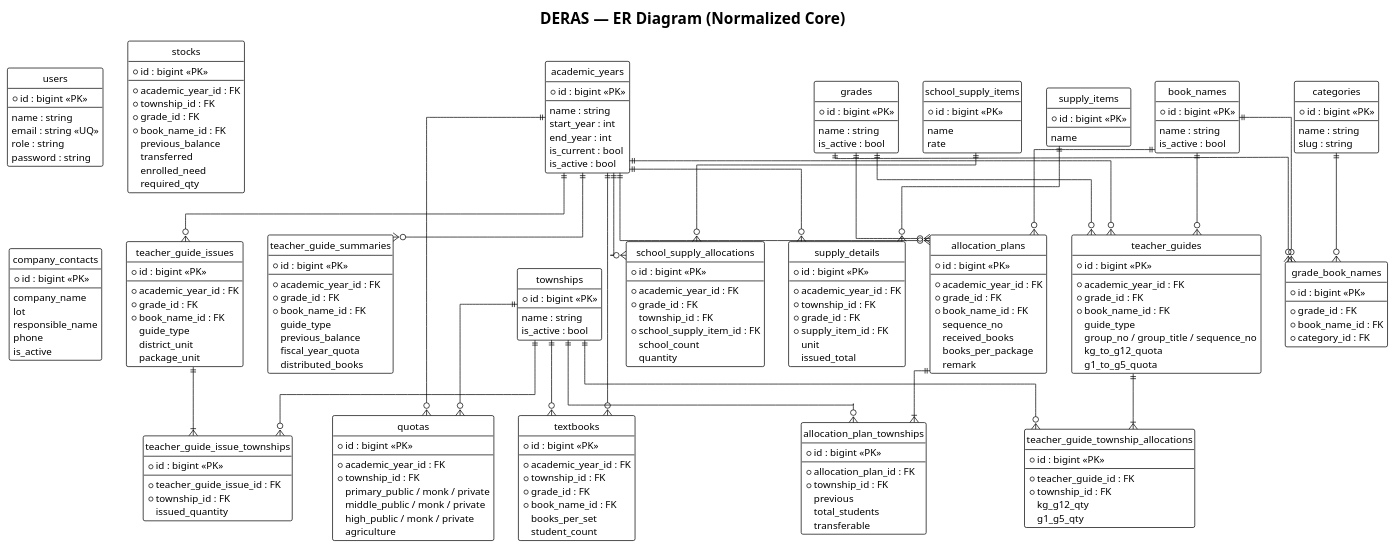
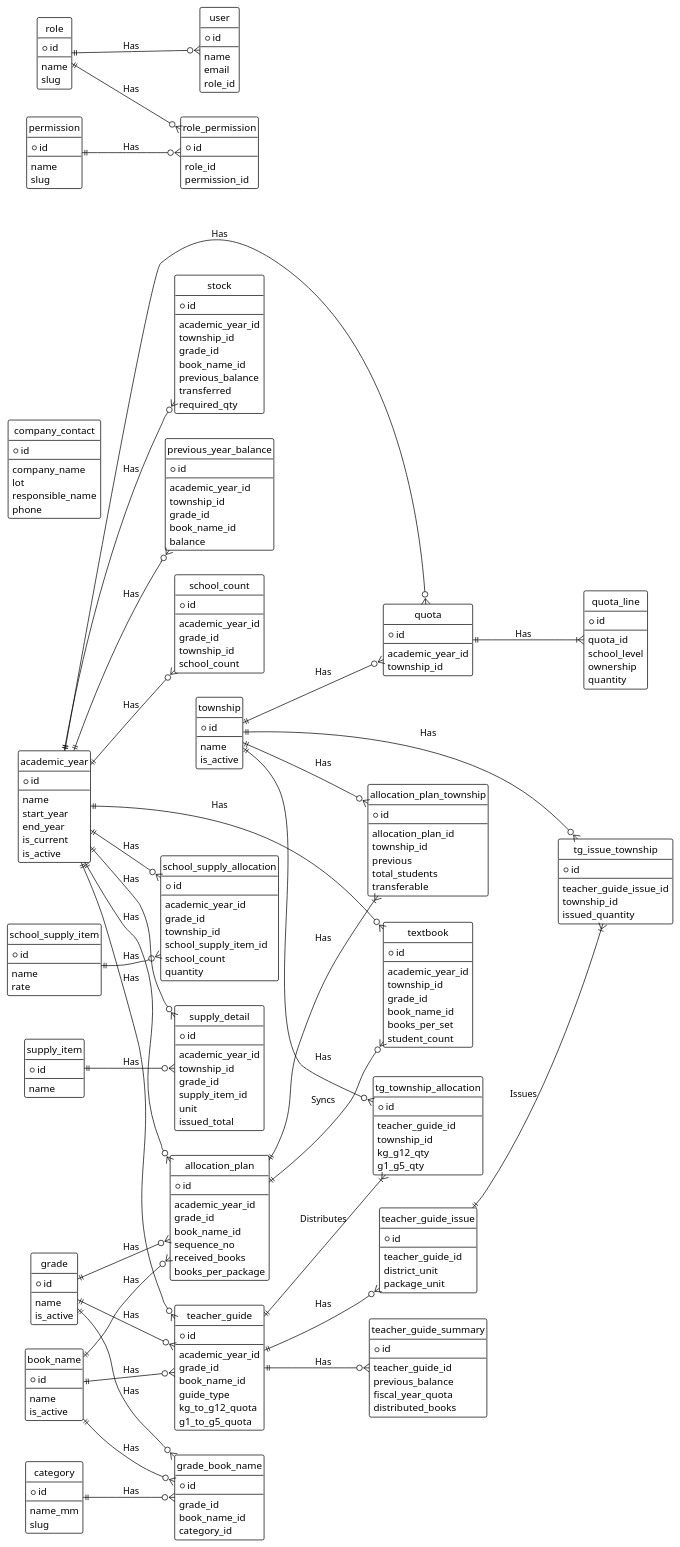
The diagram in docs/diagrams/03_er_diagram.puml (zmaythu713-svg/DERAS), drawn with PlantUML before and after one commit. The commit also changed 95 other files, not shown here.

```diff
--- a/docs/diagrams/03_er_diagram.puml
+++ b/docs/diagrams/03_er_diagram.puml
@@ -1,246 +1,293 @@
-@startuml DERAS_ER
+@startuml DERAS_ER_Chen
 !theme plain
-title DERAS — ER Diagram (Normalized Core)
+skinparam shadowing false
+skinparam monochrome true
 hide circle
-skinparam linetype ortho
+left to right direction
 
-entity "users" as users {
-  * id : bigint <<PK>>
+' Chen-style conceptual ER (normalized DERAS schema)
+' PNG: docs/diagrams/images_final/Figure3_ER_Chen_BW.png
+
+entity "academic_year" as year {
+  * id
   --
-  name : string
-  email : string <<UQ>>
-  role : string
-  password : string
+  name
+  start_year
+  end_year
+  is_current
+  is_active
 }
 
-entity "academic_years" as years {
-  * id : bigint <<PK>>
+entity "township" as town {
+  * id
   --
-  name : string
-  start_year : int
-  end_year : int
-  is_current : bool
-  is_active : bool
+  name
+  is_active
 }
 
-entity "townships" as towns {
-  * id : bigint <<PK>>
+entity "grade" as grade {
+  * id
   --
-  name : string
-  is_active : bool
+  name
+  is_active
 }
 
-entity "grades" as grades {
-  * id : bigint <<PK>>
+entity "book_name" as book {
+  * id
   --
-  name : string
-  is_active : bool
+  name
+  is_active
 }
 
-entity "book_names" as books {
-  * id : bigint <<PK>>
+entity "category" as cat {
+  * id
   --
-  name : string
-  is_active : bool
+  name_mm
+  slug
 }
 
-entity "categories" as cats {
-  * id : bigint <<PK>>
+entity "grade_book_name" as gbn {
+  * id
   --
-  name : string
-  slug : string
+  grade_id
+  book_name_id
+  category_id
 }
 
-entity "grade_book_names" as gbn {
-  * id : bigint <<PK>>
+entity "quota" as quota {
+  * id
   --
-  * grade_id : FK
-  * book_name_id : FK
-  * category_id : FK
+  academic_year_id
+  township_id
 }
 
-entity "quotas" as quotas {
-  * id : bigint <<PK>>
+entity "quota_line" as qline {
+  * id
   --
-  * academic_year_id : FK
-  * township_id : FK
-  primary_public / monk / private
-  middle_public / monk / private
-  high_public / monk / private
-  agriculture
+  quota_id
+  school_level
+  ownership
+  quantity
 }
 
-entity "allocation_plans" as plans {
-  * id : bigint <<PK>>
+entity "allocation_plan" as plan {
+  * id
   --
-  * academic_year_id : FK
-  * grade_id : FK
-  * book_name_id : FK
+  academic_year_id
+  grade_id
+  book_name_id
   sequence_no
   received_books
   books_per_package
-  remark
 }
 
-entity "allocation_plan_townships" as apt {
-  * id : bigint <<PK>>
+entity "allocation_plan_township" as apt {
+  * id
   --
-  * allocation_plan_id : FK
-  * township_id : FK
+  allocation_plan_id
+  township_id
   previous
   total_students
   transferable
 }
 
-entity "textbooks" as tb {
-  * id : bigint <<PK>>
+entity "textbook" as tb {
+  * id
   --
-  * academic_year_id : FK
-  * township_id : FK
-  * grade_id : FK
-  * book_name_id : FK
+  academic_year_id
+  township_id
+  grade_id
+  book_name_id
   books_per_set
   student_count
 }
 
-entity "stocks" as stocks {
-  * id : bigint <<PK>>
+entity "stock" as stock {
+  * id
   --
-  * academic_year_id : FK
-  * township_id : FK
-  * grade_id : FK
-  * book_name_id : FK
+  academic_year_id
+  township_id
+  grade_id
+  book_name_id
   previous_balance
   transferred
-  enrolled_need
   required_qty
 }
 
-entity "teacher_guides" as tg {
-  * id : bigint <<PK>>
+entity "previous_year_balance" as pyb {
+  * id
   --
-  * academic_year_id : FK
-  * grade_id : FK
-  * book_name_id : FK
+  academic_year_id
+  township_id
+  grade_id
+  book_name_id
+  balance
+}
+
+entity "teacher_guide" as tg {
+  * id
+  --
+  academic_year_id
+  grade_id
+  book_name_id
   guide_type
-  group_no / group_title / sequence_no
   kg_to_g12_quota
   g1_to_g5_quota
 }
 
-entity "teacher_guide_township_allocations" as tgta {
-  * id : bigint <<PK>>
+entity "tg_township_allocation" as tgta {
+  * id
   --
-  * teacher_guide_id : FK
-  * township_id : FK
+  teacher_guide_id
+  township_id
   kg_g12_qty
   g1_g5_qty
 }
 
-entity "teacher_guide_issues" as tgi {
-  * id : bigint <<PK>>
+entity "teacher_guide_issue" as tgi {
+  * id
   --
-  * academic_year_id : FK
-  * grade_id : FK
-  * book_name_id : FK
-  guide_type
+  teacher_guide_id
   district_unit
   package_unit
 }
 
-entity "teacher_guide_issue_townships" as tgit {
-  * id : bigint <<PK>>
+entity "tg_issue_township" as tgit {
+  * id
   --
-  * teacher_guide_issue_id : FK
-  * township_id : FK
+  teacher_guide_issue_id
+  township_id
   issued_quantity
 }
 
-entity "teacher_guide_summaries" as tgs {
-  * id : bigint <<PK>>
+entity "teacher_guide_summary" as tgs {
+  * id
   --
-  * academic_year_id : FK
-  * grade_id : FK
-  * book_name_id : FK
-  guide_type
+  teacher_guide_id
   previous_balance
   fiscal_year_quota
   distributed_books
 }
 
-entity "school_supply_items" as ssi {
-  * id : bigint <<PK>>
+entity "school_supply_item" as ssi {
+  * id
   --
   name
   rate
 }
 
-entity "school_supply_allocations" as ssa {
-  * id : bigint <<PK>>
+entity "school_supply_allocation" as ssa {
+  * id
   --
-  * academic_year_id : FK
-  * grade_id : FK
-  township_id : FK
-  * school_supply_item_id : FK
+  academic_year_id
+  grade_id
+  township_id
+  school_supply_item_id
   school_count
   quantity
 }
 
-entity "supply_items" as si {
-  * id : bigint <<PK>>
+entity "supply_item" as si {
+  * id
   --
   name
 }
 
-entity "supply_details" as sd {
-  * id : bigint <<PK>>
+entity "supply_detail" as sd {
+  * id
   --
-  * academic_year_id : FK
-  * township_id : FK
-  * grade_id : FK
-  * supply_item_id : FK
+  academic_year_id
+  township_id
+  grade_id
+  supply_item_id
   unit
   issued_total
 }
 
-entity "company_contacts" as cc {
-  * id : bigint <<PK>>
+entity "school_count" as sc {
+  * id
+  --
+  academic_year_id
+  grade_id
+  township_id
+  school_count
+}
+
+entity "company_contact" as cc {
+  * id
   --
   company_name
   lot
   responsible_name
   phone
-  is_active
 }
 
-years ||--o{ quotas
-towns ||--o{ quotas
-years ||--o{ plans
-grades ||--o{ plans
-books ||--o{ plans
-plans ||--|{ apt
-towns ||--o{ apt
+entity "role" as role {
+  * id
+  --
+  name
+  slug
+}
 
-years ||--o{ tb
-towns ||--o{ tb
-grades ||--o{ gbn
-books ||--o{ gbn
-cats ||--o{ gbn
+entity "permission" as perm {
+  * id
+  --
+  name
+  slug
+}
 
-years ||--o{ tg
-grades ||--o{ tg
-books ||--o{ tg
-tg ||--|{ tgta
-towns ||--o{ tgta
+entity "role_permission" as rp {
+  * id
+  --
+  role_id
+  permission_id
+}
 
-years ||--o{ tgi
-tgi ||--|{ tgit
-towns ||--o{ tgit
+entity "user" as user {
+  * id
+  --
+  name
+  email
+  role_id
+}
 
-years ||--o{ tgs
-years ||--o{ ssa
-ssi ||--o{ ssa
-years ||--o{ sd
-si ||--o{ sd
+year ||--o{ quota : Has
+town ||--o{ quota : Has
+quota ||--|{ qline : Has
+
+year ||--o{ plan : Has
+grade ||--o{ plan : Has
+book ||--o{ plan : Has
+plan ||--|{ apt : Has
+town ||--o{ apt : Has
+
+plan ||--o{ tb : Syncs
+year ||--o{ tb : Has
+year ||--o{ stock : Has
+year ||--o{ pyb : Has
+
+year ||--o{ tg : Has
+grade ||--o{ tg : Has
+book ||--o{ tg : Has
+tg ||--|{ tgta : Distributes
+town ||--o{ tgta : Has
+tg ||--o{ tgi : Has
+tgi ||--|{ tgit : Issues
+town ||--o{ tgit : Has
+tg ||--o{ tgs : Has
+
+grade ||--o{ gbn : Has
+book ||--o{ gbn : Has
+cat ||--o{ gbn : Has
+
+ssi ||--o{ ssa : Has
+year ||--o{ ssa : Has
+si ||--o{ sd : Has
+year ||--o{ sd : Has
+year ||--o{ sc : Has
+
+role ||--o{ rp : Has
+perm ||--o{ rp : Has
+role ||--o{ user : Has
 
 @enduml
```
